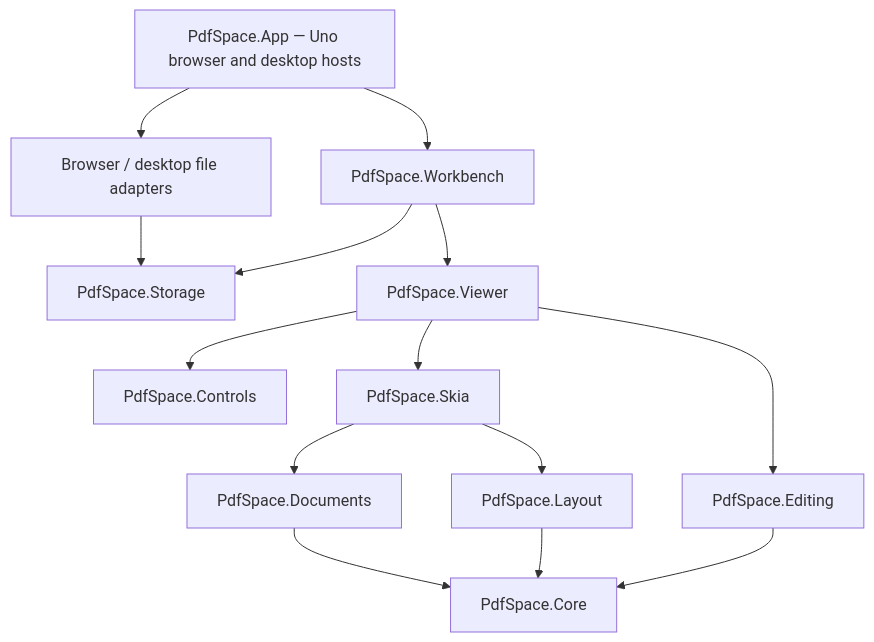
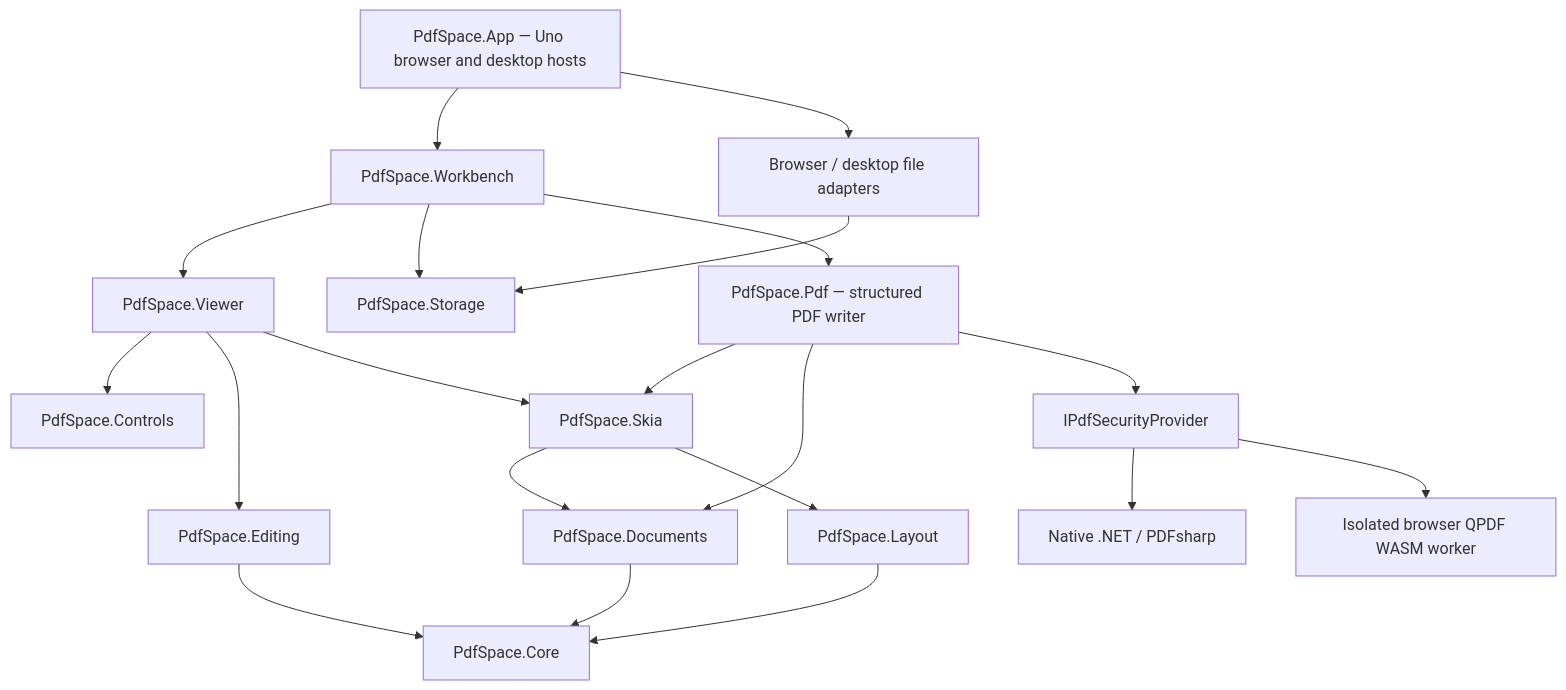
One commit to wieslawsoltes/PdfSpace changed the diagram in docs/architecture.md. Above: the diagram before and after it, drawn with Mermaid. The commit also changed other lines of this file and 3 other files, not shown here.

Commit message:
fix: intercept form traversal before native focus navigation; document structured export contracts

````diff
--- a/docs/architecture.md
+++ b/docs/architecture.md
@@ -5,16 +5,22 @@
 ```mermaid
 flowchart TD
     App[PdfSpace.App — Uno browser and desktop hosts] --> Workbench[PdfSpace.Workbench]
     App --> Adapters[Browser / desktop file adapters]
     Adapters --> Storage[PdfSpace.Storage]
     Workbench --> Viewer[PdfSpace.Viewer]
     Workbench --> Storage
+    Workbench --> Pdf[PdfSpace.Pdf — structured PDF writer]
+    Pdf --> Skia
+    Pdf --> Documents
+    Pdf --> Security[IPdfSecurityProvider]
+    Security --> Native[Native .NET / PDFsharp]
+    Security --> Worker[Isolated browser QPDF WASM worker]
     Viewer --> Controls[PdfSpace.Controls]
     Viewer --> Editing[PdfSpace.Editing]
     Viewer --> Skia[PdfSpace.Skia]
     Skia --> Documents[PdfSpace.Documents]
     Skia --> Layout[PdfSpace.Layout]
     Documents --> Core[PdfSpace.Core]
     Layout --> Core
     Editing --> Core
 ```
````
